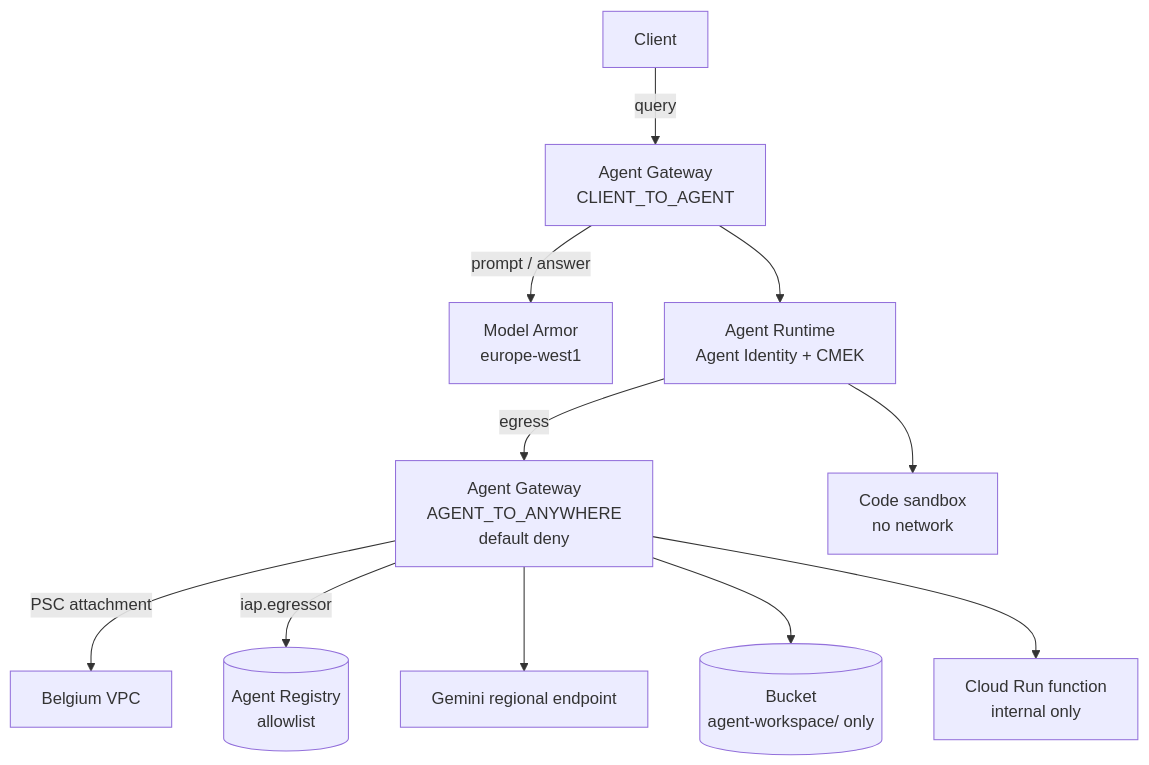
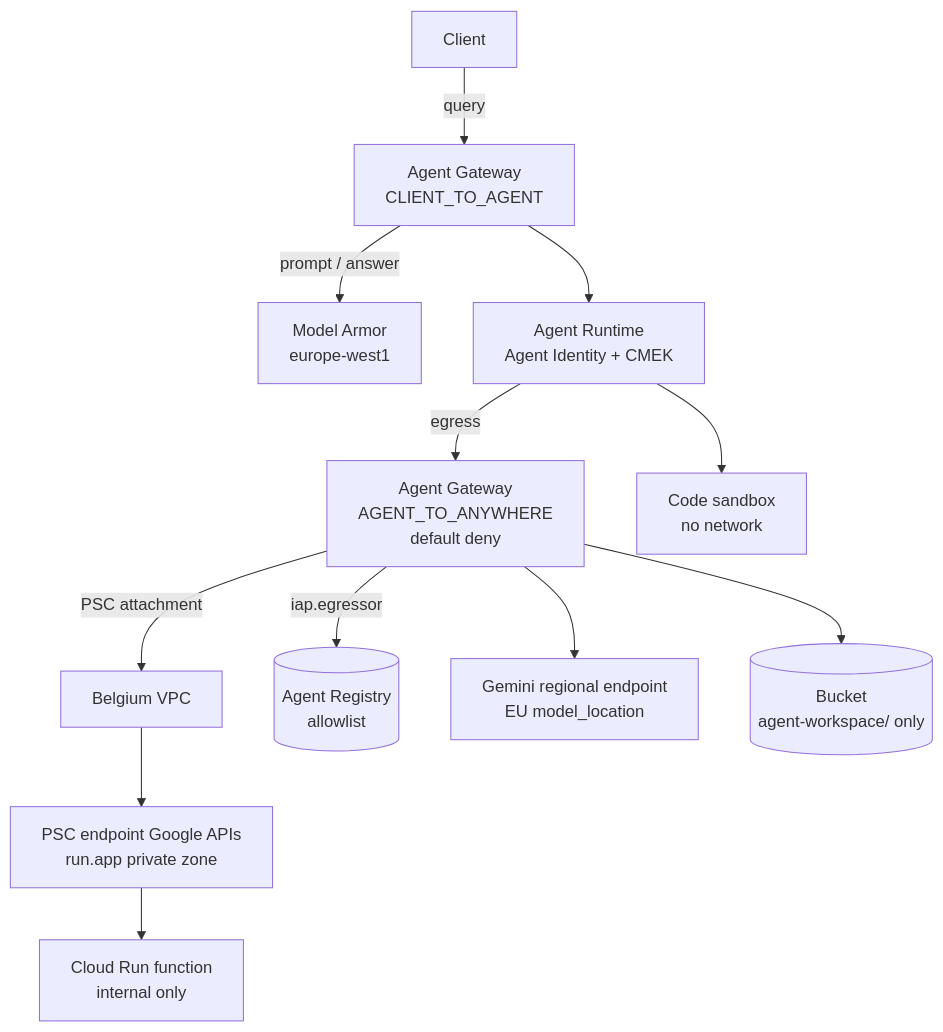
Before and after one commit to a-besson/gcp-ai-samples: the first of 2 diagrams in samples/geap-agent-secured/README.md, drawn with Mermaid. The commit also changed other lines of this file and 14 other files, not shown here.

First line of the commit message:
feat(geap-agent-secured): run inference in an eu region and reach the internal function through the vpc

````diff
--- a/samples/geap-agent-secured/README.md
+++ b/samples/geap-agent-secured/README.md
@@ -23,13 +23,14 @@
 ```mermaid
 graph TD
     C[Client] -->|query| GI[Agent Gateway<br/>CLIENT_TO_AGENT]
     GI -->|prompt / answer| MA[Model Armor<br/>europe-west1]
     GI --> RT[Agent Runtime<br/>Agent Identity + CMEK]
     RT -->|egress| GE[Agent Gateway<br/>AGENT_TO_ANYWHERE<br/>default deny]
     GE -->|PSC attachment| VPC[Belgium VPC]
     GE -->|iap.egressor| REG[(Agent Registry<br/>allowlist)]
-    GE --> LLM[Gemini regional endpoint]
+    GE --> LLM[Gemini regional endpoint<br/>EU model_location]
     GE --> GCS[(Bucket<br/>agent-workspace/ only)]
-    GE --> FN[Cloud Run function<br/>internal only]
+    VPC --> PSC[PSC endpoint Google APIs<br/>run.app private zone]
+    PSC --> FN[Cloud Run function<br/>internal only]
     RT --> SB[Code sandbox<br/>no network]
 ```
````
